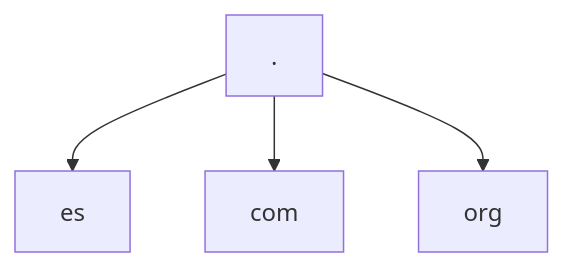
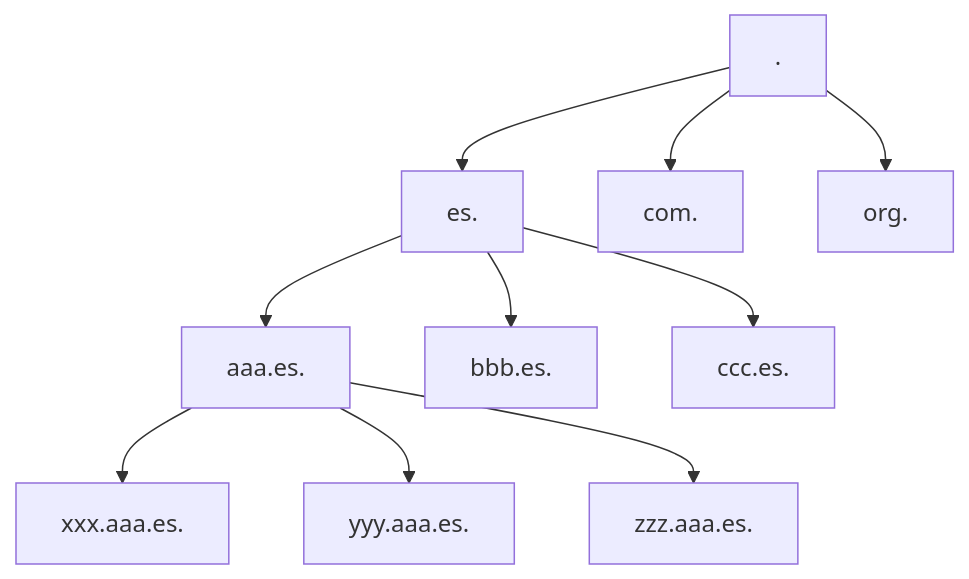
Before and after one commit to uo294319/Notes: the diagram in 4S1/4S1_Servicios/data/T3-1.md, drawn with Mermaid.

Commit message:
Desktop-AAM 2025-11-6:15:3:11

````diff
--- a/4S1/4S1_Servicios/data/T3-1.md
+++ b/4S1/4S1_Servicios/data/T3-1.md
@@ -19,7 +19,15 @@
 ```mermaid
 graph TD
-    Root[.] --> ES[es]
-    Root[.] --> COM[com]
-    Root[.] --> org[org]
+    Root[.] --> ES[es.]
+    Root --> COM[com.]
+    Root --> org[org.]
+    
+    ES --> A[aaa.es.]
+    ES --> B[bbb.es.]
+    ES --> C[ccc.es.]
+    
+    A --> AX[xxx.aaa.es.]
+    A --> AY[yyy.aaa.es.]
+    A --> AZ[zzz.aaa.es.]
 
 ```
````
